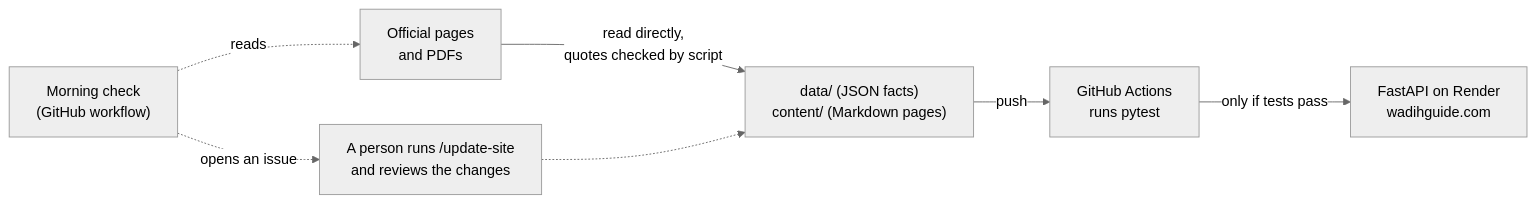
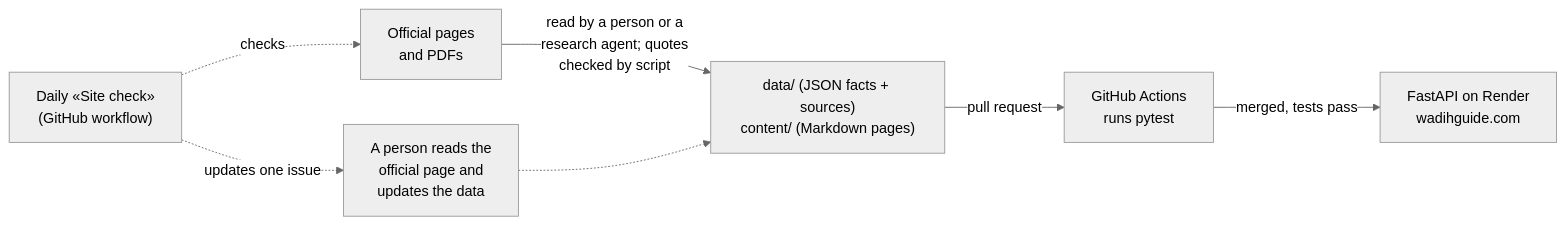
Before and after one commit to BINMAHFOUDSALAH/scholarship-guide: the diagram in README.md, drawn with Mermaid (neutral theme). The commit also changed other lines of this file and 2 other files, not shown here.

````diff
--- a/README.md
+++ b/README.md
@@ -17,9 +35,9 @@
 ```mermaid
 flowchart LR
-    official["Official pages<br/>and PDFs"] -->|"read directly,<br/>quotes checked by script"| files["data/ (JSON facts)<br/>content/ (Markdown pages)"]
-    files -->|"push"| ci["GitHub Actions<br/>runs pytest"]
-    ci -->|"only if tests pass"| site["FastAPI on Render<br/>wadihguide.com"]
-    watch["Morning check<br/>(GitHub workflow)"] -.->|"reads"| official
-    watch -.->|"opens an issue"| person["A person runs /update-site<br/>and reviews the changes"]
+    official["Official pages<br/>and PDFs"] -->|"read by a person or a<br/>research agent; quotes<br/>checked by script"| files["data/ (JSON facts + sources)<br/>content/ (Markdown pages)"]
+    files -->|"pull request"| ci["GitHub Actions<br/>runs pytest"]
+    ci -->|"merged, tests pass"| site["FastAPI on Render<br/>wadihguide.com"]
+    watch["Daily «Site check»<br/>(GitHub workflow)"] -.->|"checks"| official
+    watch -.->|"updates one issue"| person["A person reads the<br/>official page and<br/>updates the data"]
     person -.-> files
 ```
````
